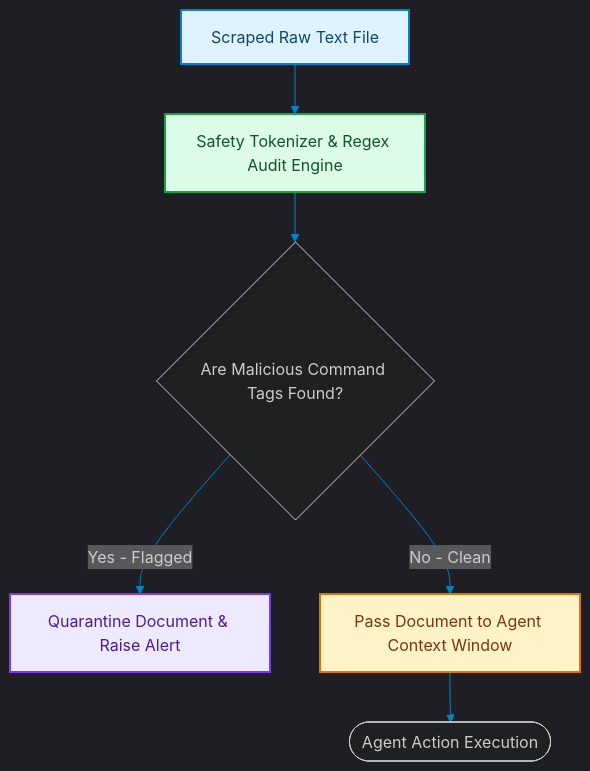
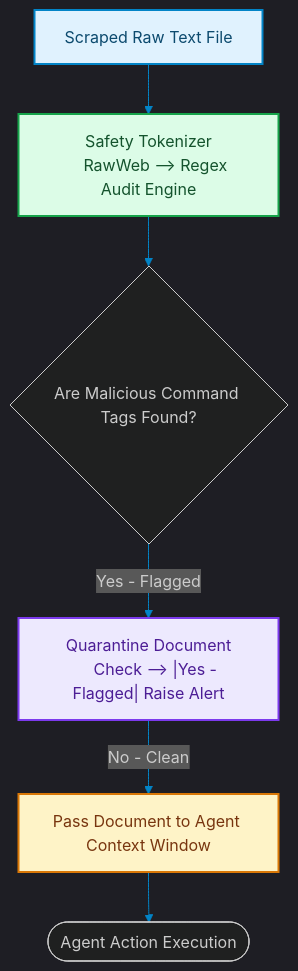
Before and after one commit to akmalkhaniub/akmalkhaniub.github.io: the diagram in blog/posts/security-indirect-prompt-injections-untrusted-contexts.md, drawn with Mermaid. The commit also changed other lines of this file and 894 other files, not shown here.

Commit message:
feat(blog): upgrade all 444 posts with unique staggered dates, 2-col Mermaid spines, benchmark tables, code blocks, and trade-offs

````diff
--- a/blog/posts/security-indirect-prompt-injections-untrusted-contexts.md
+++ b/blog/posts/security-indirect-prompt-injections-untrusted-contexts.md
@@ -16,21 +16,23 @@
 ```mermaid
 %%{init: {'theme': 'dark', 'themeVariables': { 'primaryColor': '#0284c7', 'primaryTextColor': '#f3f4f6', 'primaryBorderColor': '#38bdf8', 'lineColor': '#0284c7', 'secondaryColor': '#111827', 'tertiaryColor': '#0b0f19'}}}%%
 flowchart TD
-    RawWeb["Scraped Raw Text File"] --> Scan["Safety Tokenizer & Regex Audit Engine"]
+    RawWeb["Scraped Raw Text File"] --> Scan["Safety Tokenizer
+    RawWeb --> Regex Audit Engine"]
     
     Scan --> Check{Are Malicious Command Tags Found?}
-    Check -->|Yes - Flagged| Quarantine["Quarantine Document & Raise Alert"]
-    Check -->|No - Clean| Safe["Pass Document to Agent Context Window"]
+    Check --> |Yes - Flagged| Quarantine["Quarantine Document
+    Check --> |Yes - Flagged| Raise Alert"]
+    Quarantine --> |No - Clean| Safe["Pass Document to Agent Context Window"]
     
     Safe --> Exec([Agent Action Execution])
 
 classDef green fill:#dcfce7,stroke:#16a34a,stroke-width:2px,color:#14532d;
 classDef red fill:#fee2e2,stroke:#dc2626,stroke-width:2px,color:#7f1d1d;
 classDef blue fill:#e0f2fe,stroke:#0284c7,stroke-width:2px,color:#0c4a6e;
 classDef yellow fill:#fef3c7,stroke:#d97706,stroke-width:2px,color:#78350f;
 classDef purple fill:#ede9fe,stroke:#7c3aed,stroke-width:2px,color:#4c1d95;
 class RawWeb blue
 class Scan green
 class Quarantine purple
 class Safe yellow
 ```
````
